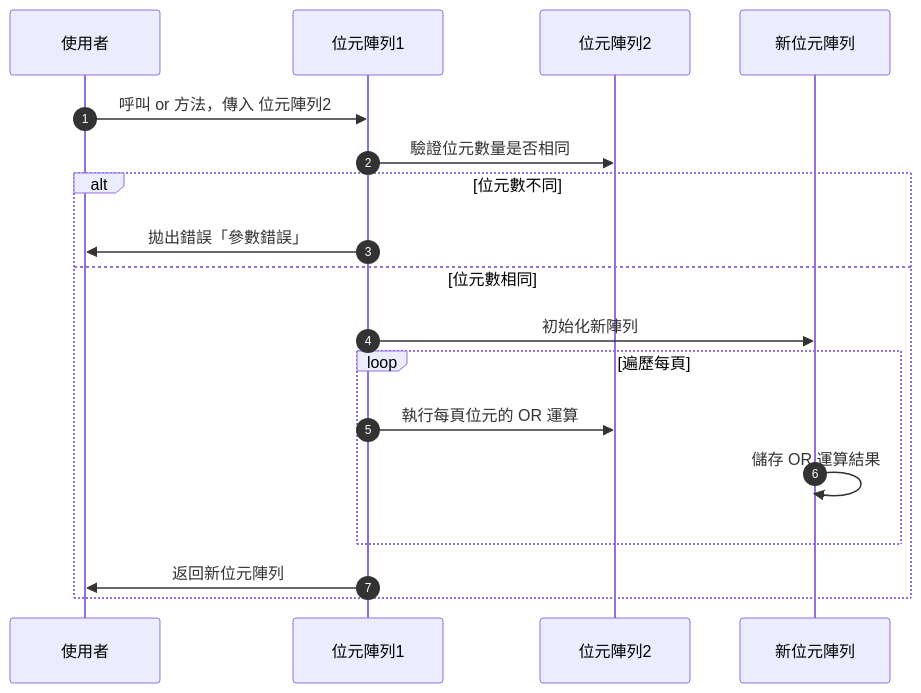
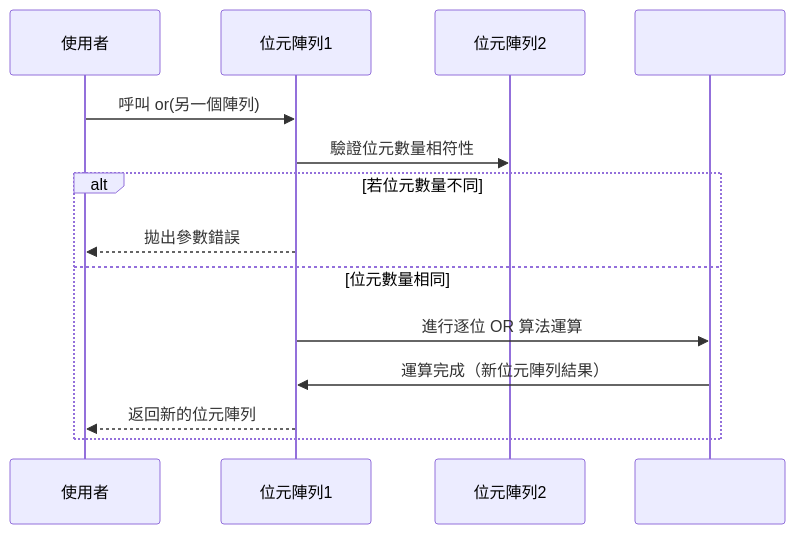
The fourth of 17 diagrams in docs/位元陣列.md (leoshiang/dx-core), drawn with Mermaid before and after one commit. The commit also changed other lines of this file and 1 other file, not shown here.

````diff
--- a/docs/位元陣列.md
+++ b/docs/位元陣列.md
@@ -222,20 +213,16 @@
-```mermaid
+``` mermaid
 sequenceDiagram
-    autoNumber
-    participant 使用者
-    participant 位元陣列1
-    participant 位元陣列2
-    participant 新位元陣列
-    使用者->>位元陣列1: 呼叫 or 方法，傳入 位元陣列2
-    位元陣列1->>位元陣列2: 驗證位元數量是否相同
-    alt 位元數不同
-        位元陣列1->>使用者: 拋出錯誤「參數錯誤」
-    else 位元數相同
-        位元陣列1->>新位元陣列: 初始化新陣列
-        loop 遍歷每頁
-            位元陣列1->>位元陣列2: 執行每頁位元的 OR 運算
-            新位元陣列->>新位元陣列: 儲存 OR 運算結果
-        end
-        位元陣列1->>使用者: 返回新位元陣列
+    participant User as 使用者
+    participant BitArray1 as 位元陣列1
+    participant BitArray2 as 位元陣列2
+    participant Internal as #執行邏輯運算
+    User->>BitArray1: 呼叫 or(另一個陣列)
+    BitArray1->>BitArray2: 驗證位元數量相符性
+    alt 若位元數量不同
+        BitArray1-->>User: 拋出參數錯誤
+    else 位元數量相同
+        BitArray1->>Internal: 進行逐位 OR 算法運算
+        Internal->>BitArray1: 運算完成（新位元陣列結果）
+        BitArray1-->>User: 返回新的位元陣列
     end
 ```
````
